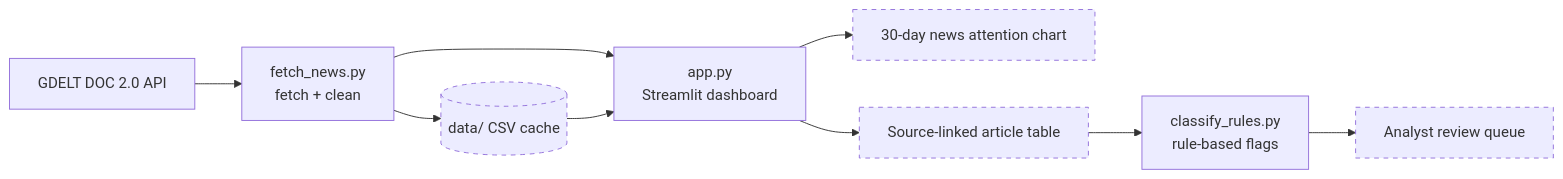
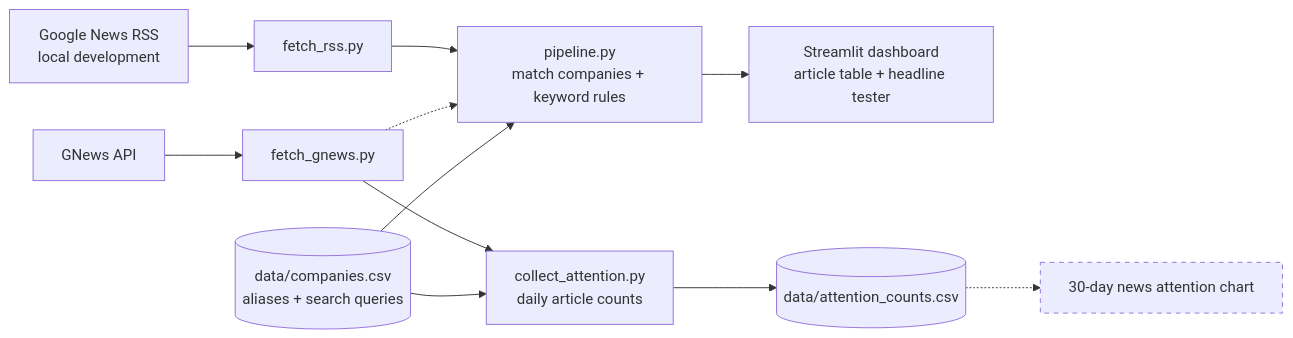
The diagram in README.md (uhbreadking/ChipWatch-AI), drawn with Mermaid before and after one commit. The commit also changed other lines of this file, not shown here.

````diff
--- a/README.md
+++ b/README.md
@@ -47,14 +54,17 @@
 ```mermaid
 flowchart LR
-    A[GDELT DOC 2.0 API] --> B[fetch_news.py<br/>fetch + clean]
-    B --> C[(data/ CSV cache)]
-    B --> D[app.py<br/>Streamlit dashboard]
-    C --> D
-    D --> E[30-day news attention chart]
-    D --> F[Source-linked article table]
-    F --> G[classify_rules.py<br/>rule-based flags]
-    G --> H[Analyst review queue]
+    CO[(data/companies.csv<br/>aliases + search queries)]
+    A[Google News RSS<br/>local development] --> C[fetch_rss.py]
+    B[GNews API] --> D[fetch_gnews.py]
+    C --> E[pipeline.py<br/>match companies + keyword rules]
+    D -.-> E
+    CO --> E
+    E --> F[Streamlit dashboard<br/>article table + headline tester]
+    D --> G[collect_attention.py<br/>daily article counts]
+    CO --> G
+    G --> H[(data/attention_counts.csv)]
+    H -.-> I[30-day news attention chart]
 
     classDef planned stroke-dasharray: 5 5
-    class C,E,F,H planned
+    class I planned
 ```
````
